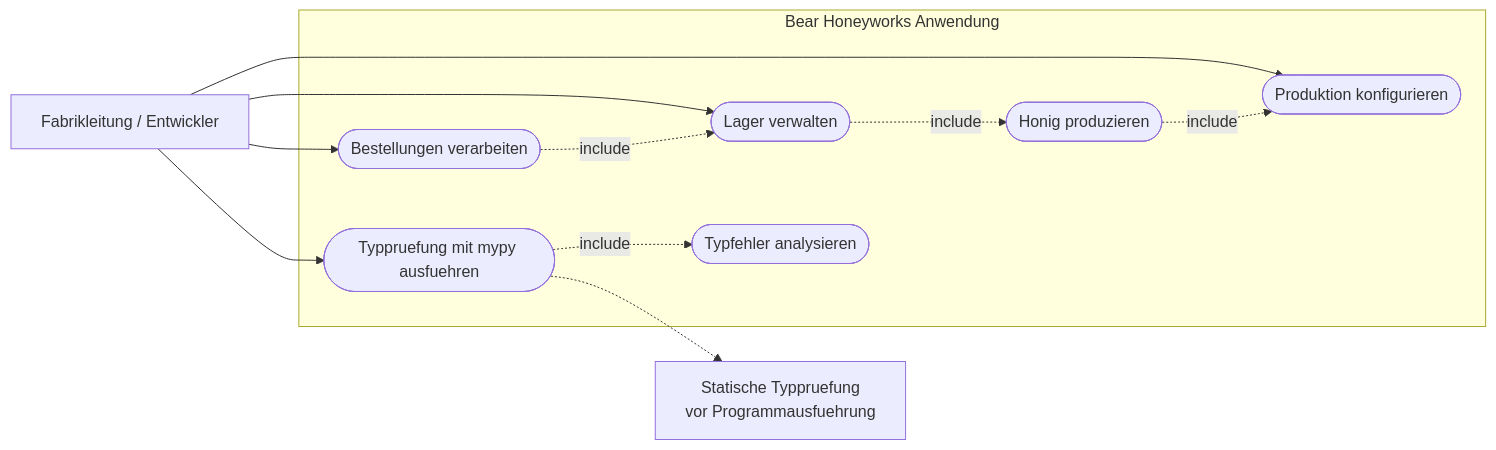
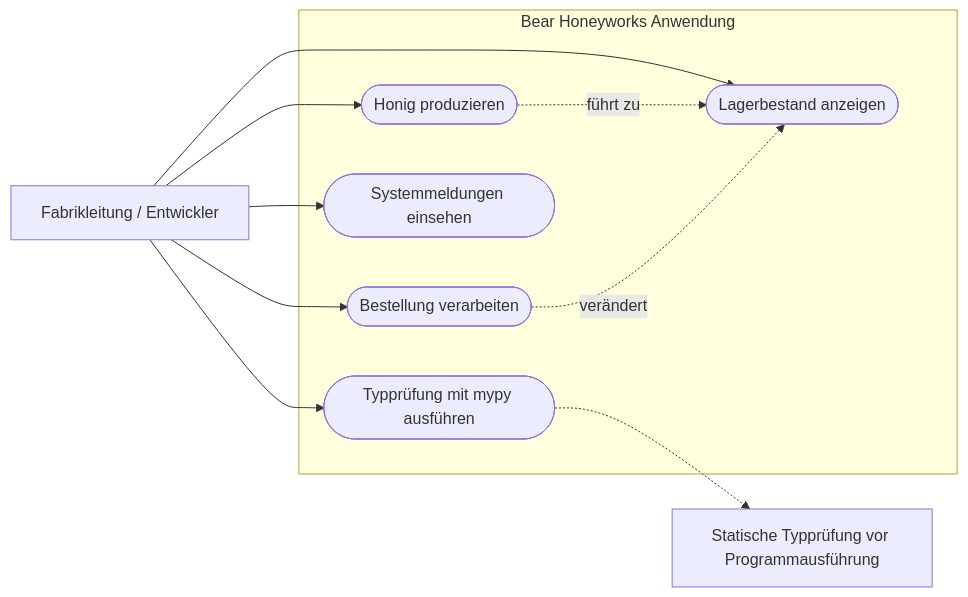
Before and after one commit to sebastianbichler/IU_2026_EF_LE_BER_VC_Python: the first of 3 diagrams in src/student_projects/g08/docs/Konzept.md, drawn with Mermaid. The commit also changed other lines of this file and 32 other files, not shown here.

````diff
--- a/src/student_projects/g08/docs/Konzept.md
+++ b/src/student_projects/g08/docs/Konzept.md
@@ -126,30 +127,27 @@
 ```mermaid
 flowchart LR
     User["Fabrikleitung / Entwickler"]
 
     subgraph APP["Bear Honeyworks Anwendung"]
-        UC1(["Produktion konfigurieren"])
-        UC2(["Honig produzieren"])
-        UC3(["Lager verwalten"])
-        UC4(["Bestellungen verarbeiten"])
-        UC5(["Typpruefung mit mypy ausfuehren"])
-        UC6(["Typfehler analysieren"])
+        UC1(["Honig produzieren"])
+        UC2(["Lagerbestand anzeigen"])
+        UC3(["Bestellung verarbeiten"])
+        UC4(["Systemmeldungen einsehen"])
+        UC5(["Typprüfung mit mypy ausführen"])
     end
 
-    %% Beziehung zwischen Akteur und Use Cases
+    %% User Interaktionen
     User --> UC1
+    User --> UC2
     User --> UC3
     User --> UC4
     User --> UC5
 
-    %% Include Beziehungen
-    UC2 -.->|include| UC1
-    UC3 -.->|include| UC2
-    UC4 -.->|include| UC3
-    UC5 -.->|include| UC6
+    %% Beziehungen (logisch, nicht zwingend)
+    UC1 -.->|führt zu| UC2
+    UC3 -.->|verändert| UC2
 
-    %% Notiz als eigener Knoten
-    Note["Statische Typpruefung
-    vor Programmausfuehrung"]
+    %% Hinweis zu mypy
+    Note["Statische Typprüfung vor Programmausführung"]
     UC5 -.-> Note
 ```
````
